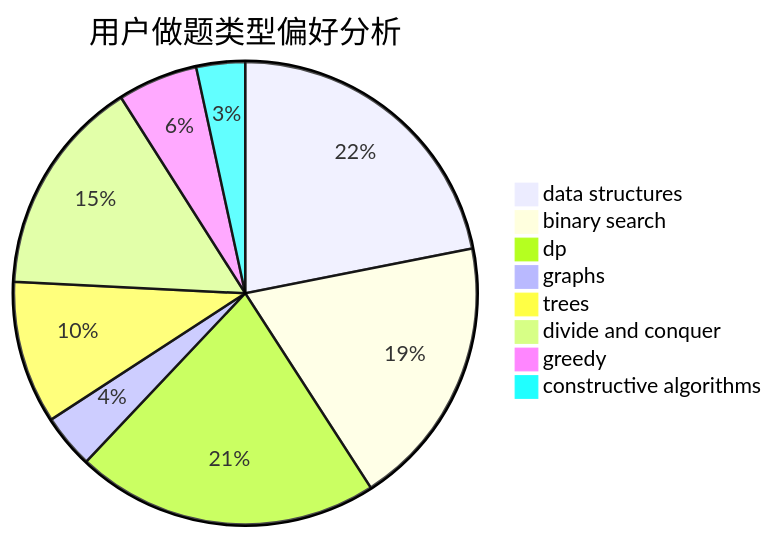
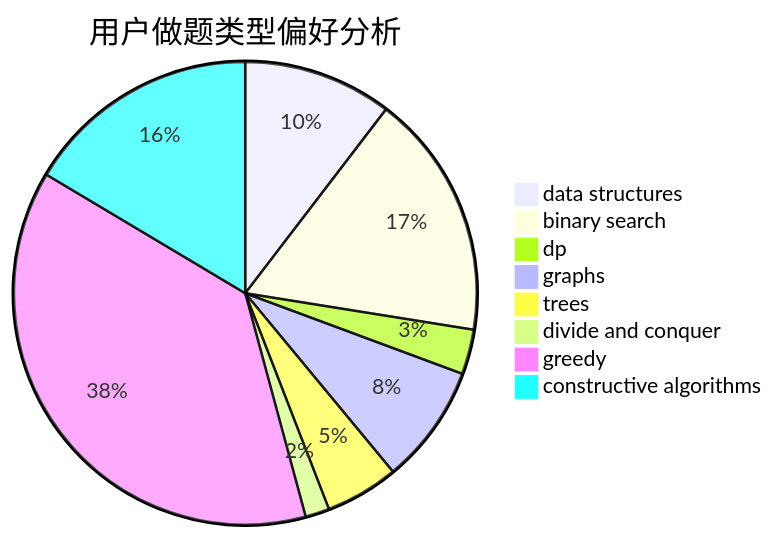
The second of 3 diagrams in docs/user/u1911.md (sherpahu/cfrs.github.io), drawn with Mermaid before and after one commit. The commit also changed other lines of this file and 2770 other files, not shown here.

````diff
--- a/docs/user/u1911.md
+++ b/docs/user/u1911.md
@@ -23,11 +23,11 @@
 ```mermaid
 pie title 用户做题类型偏好分析
-    "data structures" :  180
-    "binary search" :  156
-    "dp" :  174
-    "graphs" :  31
-    "trees" :  82
-    "divide and conquer" :  125
-    "greedy" :  46
-    "constructive algorithms" :  28
+    "data structures" :  136
+    "binary search" :  224
+    "dp" :  41
+    "graphs" :  109
+    "trees" :  67
+    "divide and conquer" :  22
+    "greedy" :  494
+    "constructive algorithms" :  215
 ```
````
